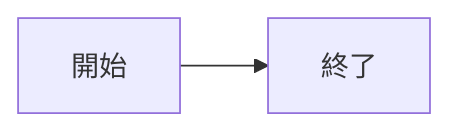
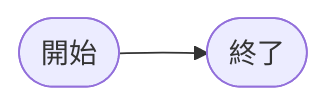
The diagram in README.md (tpu-game-2022/mermaid_test), drawn with Mermaid before and after one commit.

````diff
--- a/README.md
+++ b/README.md
@@ -20,4 +20,4 @@
 ```mermaid
 flowchart LR;
-  A["開始"] --> B["終了"]
+  A(["開始"]) --> B(["終了"])
 ```
````
